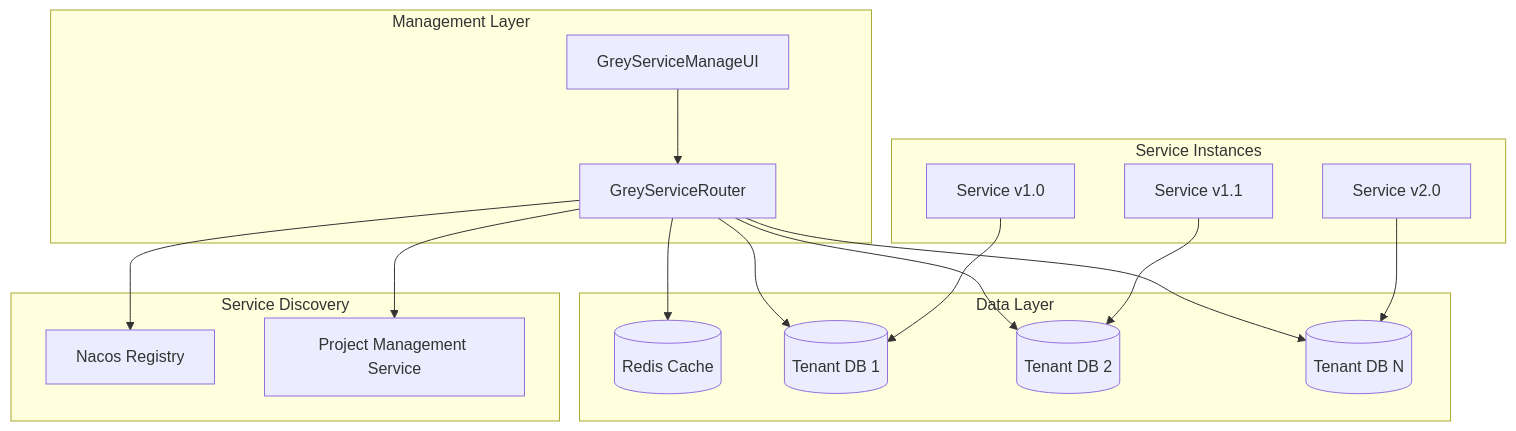
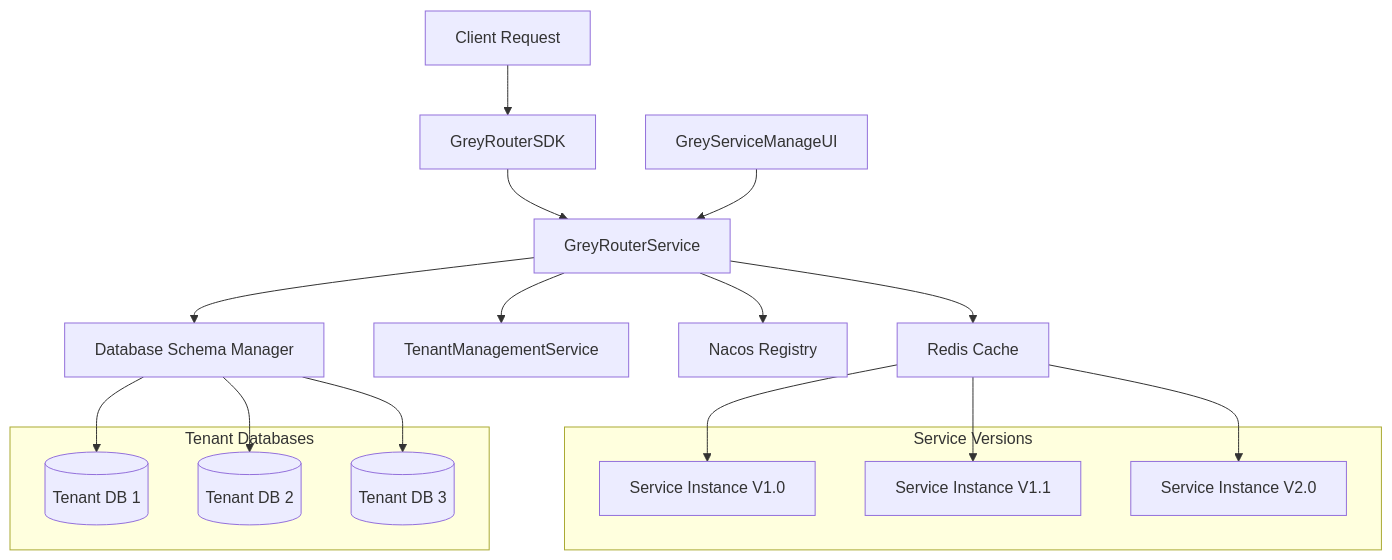
The first of 2 diagrams in source/_posts/Design-Grey-Service-Router-Guide.md (shayne007/blog), drawn with Mermaid before and after one commit. The commit also changed other lines of this file, not shown here.

Commit message:
update grey router

```diff
--- a/source/_posts/Design-Grey-Service-Router-Guide.md
+++ b/source/_posts/Design-Grey-Service-Router-Guide.md
@@ -20,36 +20,30 @@
-{% mermaid graph TB %}
-    subgraph "Management Layer"
-        UI[GreyServiceManageUI]
-        Router[GreyServiceRouter]
+{% mermaid flowchart TB %}
+    A[Client Request] --> B[GreyRouterSDK]
+    B --> C[GreyRouterService]
+    C --> D[Redis Cache]
+    C --> E[TenantManagementService]
+    C --> F[Nacos Registry]
+    
+    G[GreyServiceManageUI] --> C
+    
+    D --> H[Service Instance V1.0]
+    D --> I[Service Instance V1.1]
+    D --> J[Service Instance V2.0]
+    
+    C --> K[Database Schema Manager]
+    K --> L[(Tenant DB 1)]
+    K --> M[(Tenant DB 2)]
+    K --> N[(Tenant DB 3)]
+    
+    subgraph "Service Versions"
+        H
+        I
+        J
     end
     
-    subgraph "Data Layer"
-        Redis[(Redis Cache)]
-        TenantDB1[(Tenant DB 1)]
-        TenantDB2[(Tenant DB 2)]
-        TenantDBN[(Tenant DB N)]
+    subgraph "Tenant Databases"
+        L
+        M
+        N
     end
-    
-    subgraph "Service Discovery"
-        Nacos[Nacos Registry]
-        ProjectMgmt[Project Management Service]
-    end
-    
-    subgraph "Service Instances"
-        SvcV1[Service v1.0]
-        SvcV2[Service v1.1]
-        SvcV3[Service v2.0]
-    end
-    
-    UI --> Router
-    Router --> Redis
-    Router --> Nacos
-    Router --> ProjectMgmt
-    Router --> TenantDB1
-    Router --> TenantDB2
-    Router --> TenantDBN
-    
-    SvcV1 --> TenantDB1
-    SvcV2 --> TenantDB2
-    SvcV3 --> TenantDBN
 {% endmermaid %}
```
